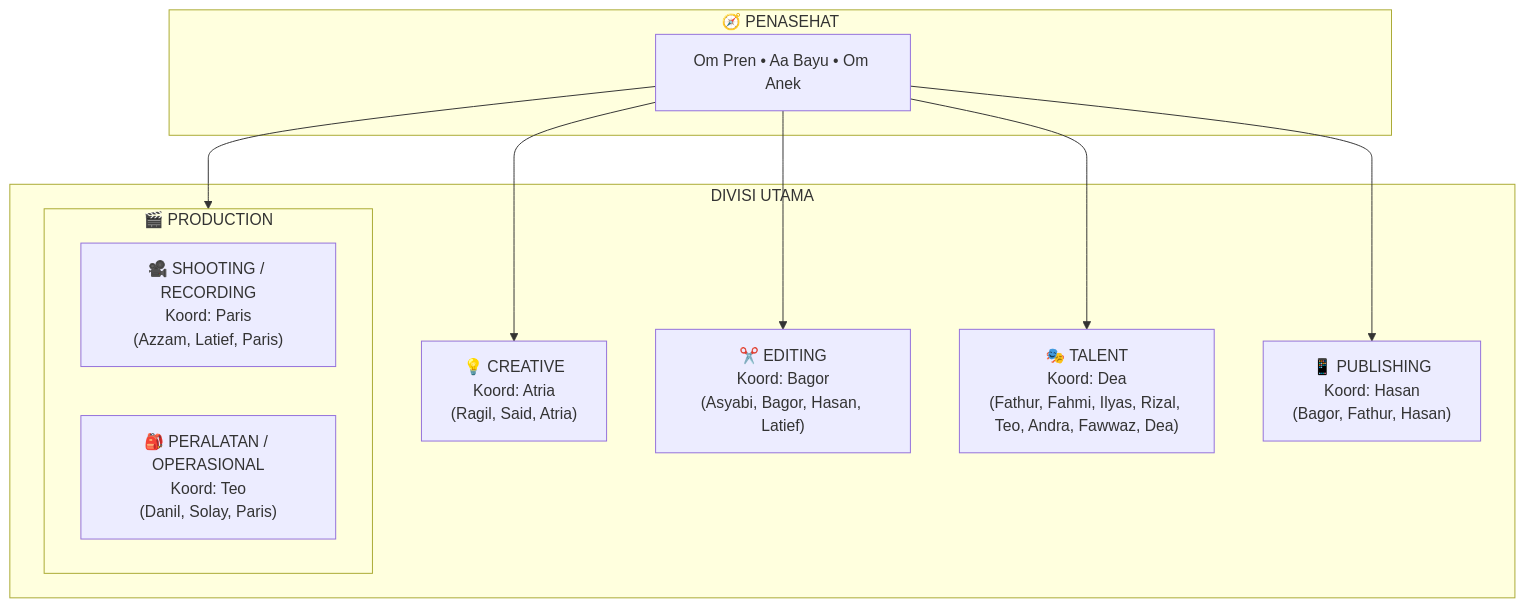
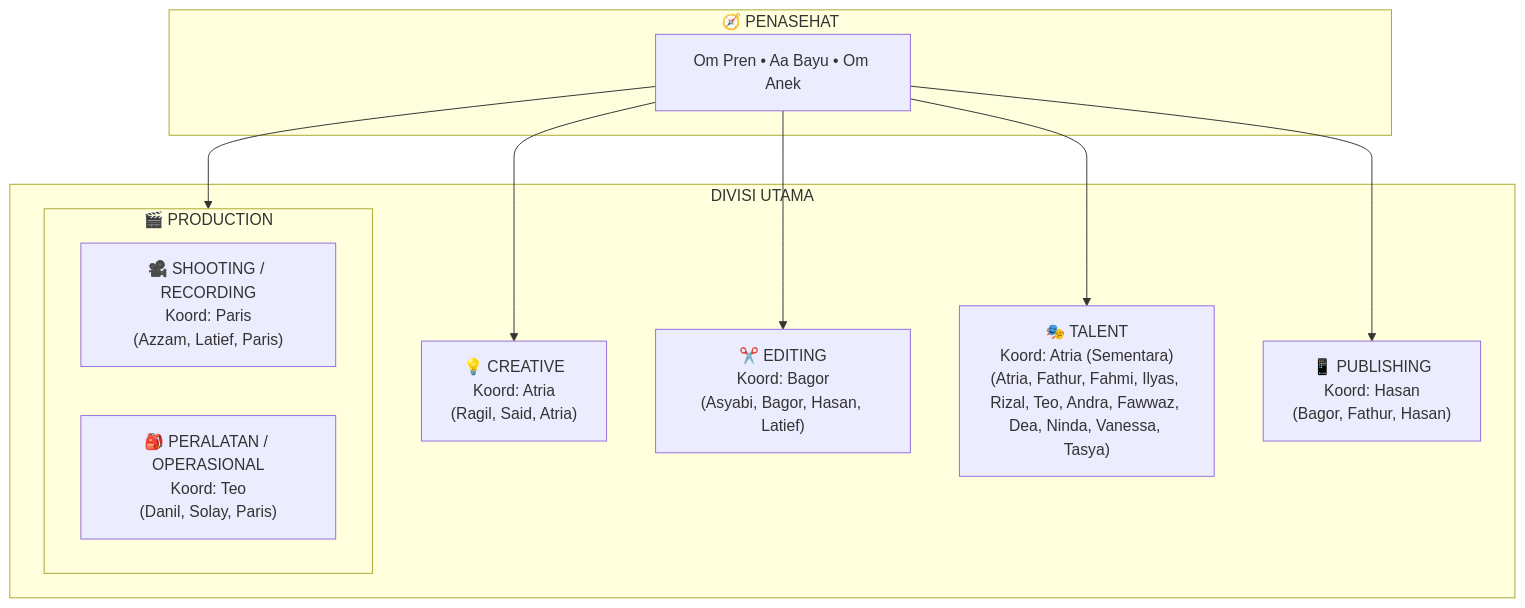
The first of 2 diagrams in PRD.md (mhmmdragilpy/web-ikada), drawn with Mermaid before and after one commit. The commit also changed other lines of this file and 5 other files, not shown here.

Commit message:
feat: perbarui divisi Talent (koor sementara Atria, tambah Ninda, Vanessa, Tasya)

````diff
--- a/PRD.md
+++ b/PRD.md
@@ -76,25 +76,25 @@
 ```mermaid
 graph TD
     subgraph Penasehat ["🧭 PENASEHAT"]
         P["Om Pren • Aa Bayu • Om Anek"]
     end
 
     subgraph Divisi ["DIVISI UTAMA"]
         CR["💡 CREATIVE<br/>Koord: Atria<br/>(Ragil, Said, Atria)"]
         
         subgraph PROD ["🎬 PRODUCTION"]
             PR_SH["🎥 SHOOTING / RECORDING<br/>Koord: Paris<br/>(Azzam, Latief, Paris)"]
             PR_EQ["🎒 PERALATAN / OPERASIONAL<br/>Koord: Teo<br/>(Danil, Solay, Paris)"]
         end
         
         ED["✂️ EDITING<br/>Koord: Bagor<br/>(Asyabi, Bagor, Hasan, Latief)"]
-        TL["🎭 TALENT<br/>Koord: Dea<br/>(Fathur, Fahmi, Ilyas, Rizal, Teo, Andra, Fawwaz, Dea)"]
+        TL["🎭 TALENT<br/>Koord: Atria (Sementara)<br/>(Atria, Fathur, Fahmi, Ilyas, Rizal, Teo, Andra, Fawwaz, Dea, Ninda, Vanessa, Tasya)"]
         PB["📱 PUBLISHING<br/>Koord: Hasan<br/>(Bagor, Fathur, Hasan)"]
     end
 
     P --> CR
     P --> PROD
     P --> ED
     P --> TL
     P --> PB
 ```
````
